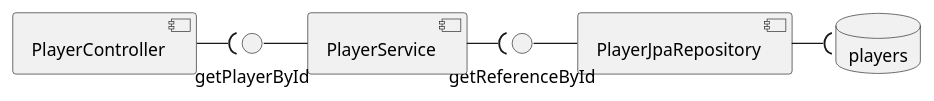
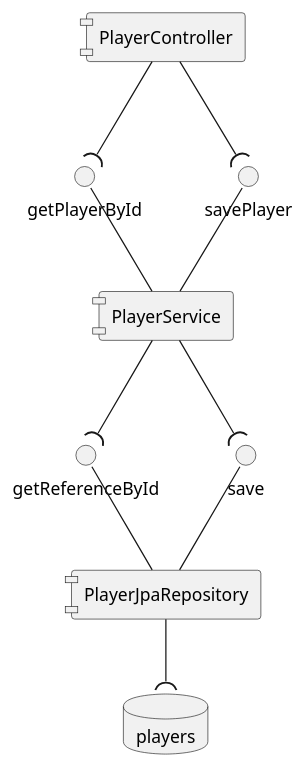
The diagram in docs/diagrams/model/components.puml (LeoLuiten/presentation), drawn with PlantUML before and after one commit. The commit also changed 8 other files, not shown here.

Commit message:
Added an exception handler / interceptor. Added a new endpoint on the PlayerController in order to be able to be able to post players. Added passay dependency

```diff
--- a/docs/diagrams/model/components.puml
+++ b/docs/diagrams/model/components.puml
@@ -1,12 +1,18 @@
 @startuml
+skinparam componentStyle uml1
 
 database "players"
-[PlayerJpaRepository] -("players"
-getReferenceById - [PlayerJpaRepository]
 
-[PlayerService] -(getReferenceById
-getPlayerById - [PlayerService]
+[PlayerController] --(getPlayerById
+[PlayerController] --(savePlayer
 
-[PlayerController] -(getPlayerById
+[PlayerService] --(getReferenceById
+[PlayerService] --(save
+getPlayerById -- [PlayerService]
+savePlayer -- [PlayerService]
+
+[PlayerJpaRepository] --("players"
+getReferenceById --[PlayerJpaRepository]
+save -- [PlayerJpaRepository]
 
 @enduml
```
